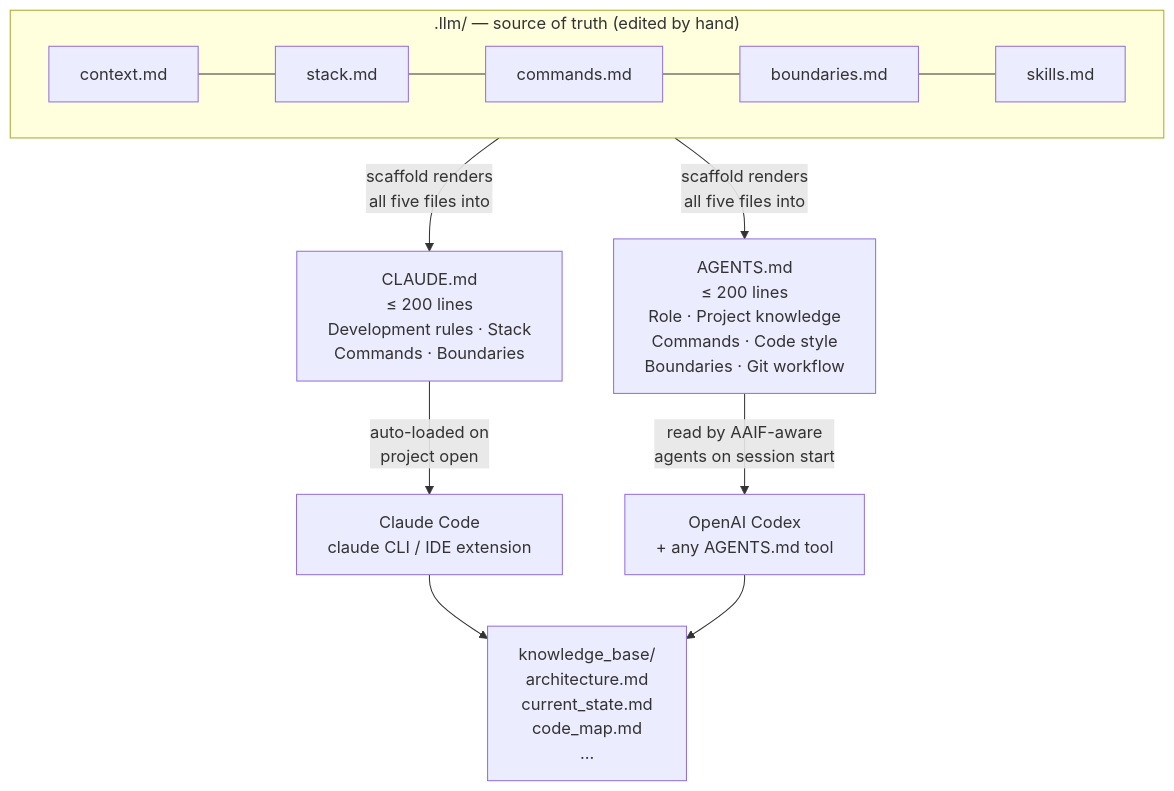
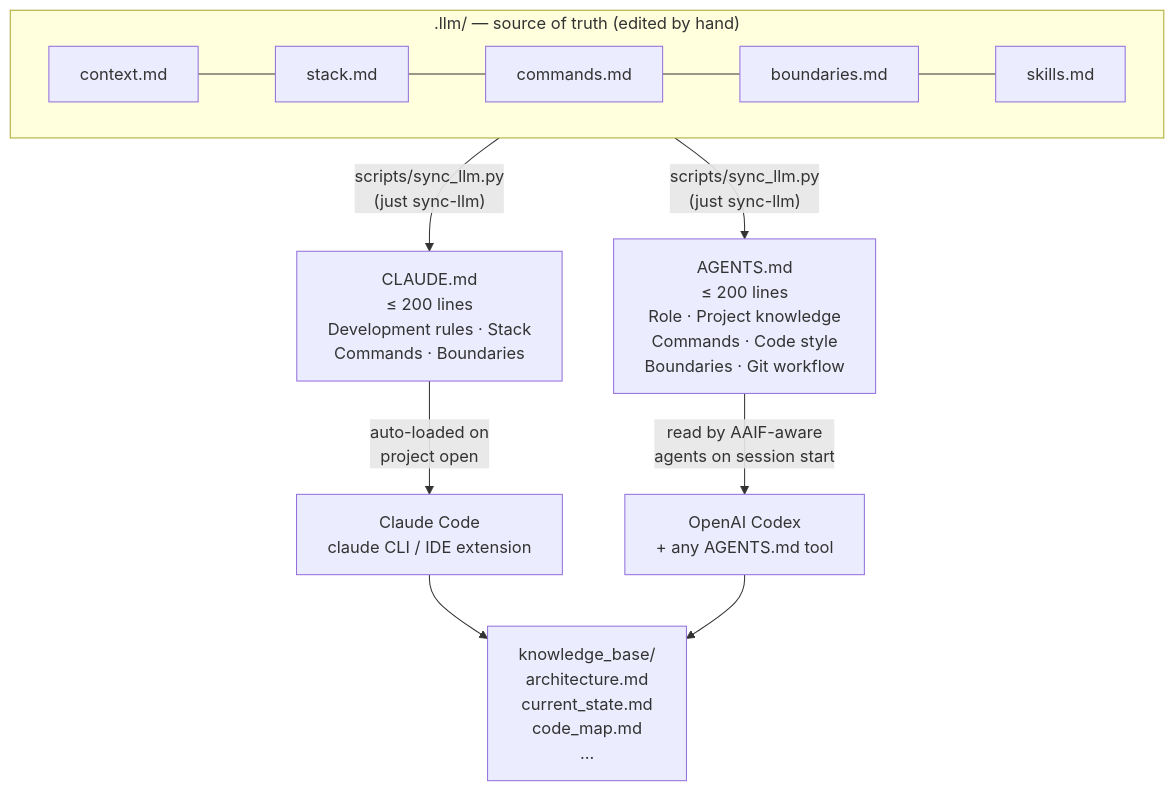
The first of 3 diagrams in docs/guides/llm-context.md (pmuguda/cookiecutter-eo-llm), drawn with Mermaid before and after one commit. The commit also changed other lines of this file and 16 other files, not shown here.

````diff
--- a/docs/guides/llm-context.md
+++ b/docs/guides/llm-context.md
@@ -25,18 +25,18 @@
 ```mermaid
 flowchart TD
     subgraph src [".llm/ — source of truth (edited by hand)"]
         direction LR
         CTX[context.md] --- STK[stack.md]
         STK --- CMD[commands.md]
         CMD --- BND[boundaries.md]
         BND --- SKL[skills.md]
     end
 
-    src -->|"scaffold renders\nall five files into"| CL["CLAUDE.md\n≤ 200 lines\nDevelopment rules · Stack\nCommands · Boundaries"]
-    src -->|"scaffold renders\nall five files into"| AG["AGENTS.md\n≤ 200 lines\nRole · Project knowledge\nCommands · Code style\nBoundaries · Git workflow"]
+    src -->|"scripts/sync_llm.py\n(just sync-llm)"| CL["CLAUDE.md\n≤ 200 lines\nDevelopment rules · Stack\nCommands · Boundaries"]
+    src -->|"scripts/sync_llm.py\n(just sync-llm)"| AG["AGENTS.md\n≤ 200 lines\nRole · Project knowledge\nCommands · Code style\nBoundaries · Git workflow"]
 
     CL -->|"auto-loaded on\nproject open"| CC["Claude Code\nclaude CLI / IDE extension"]
     AG -->|"read by AAIF-aware\nagents on session start"| OA["OpenAI Codex\n+ any AGENTS.md tool"]
 
     CC & OA --> KB["knowledge_base/\narchitecture.md\ncurrent_state.md\ncode_map.md\n…"]
 ```
````
